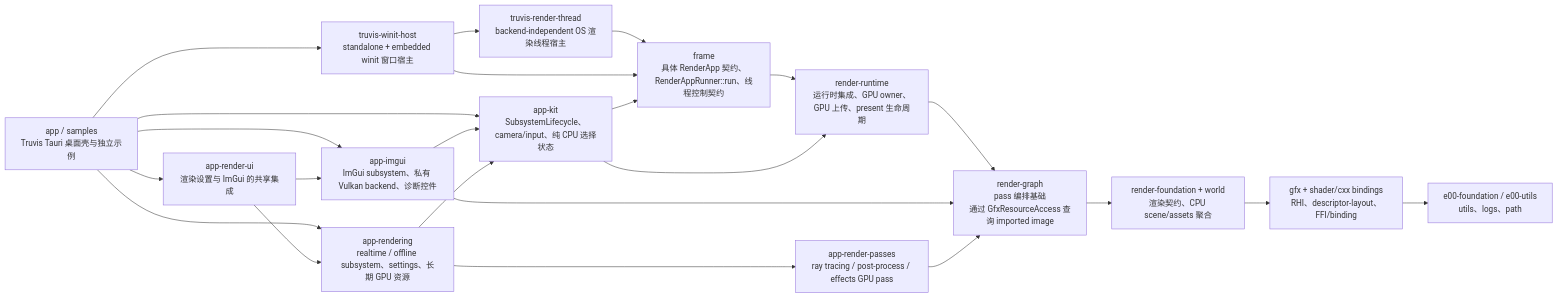
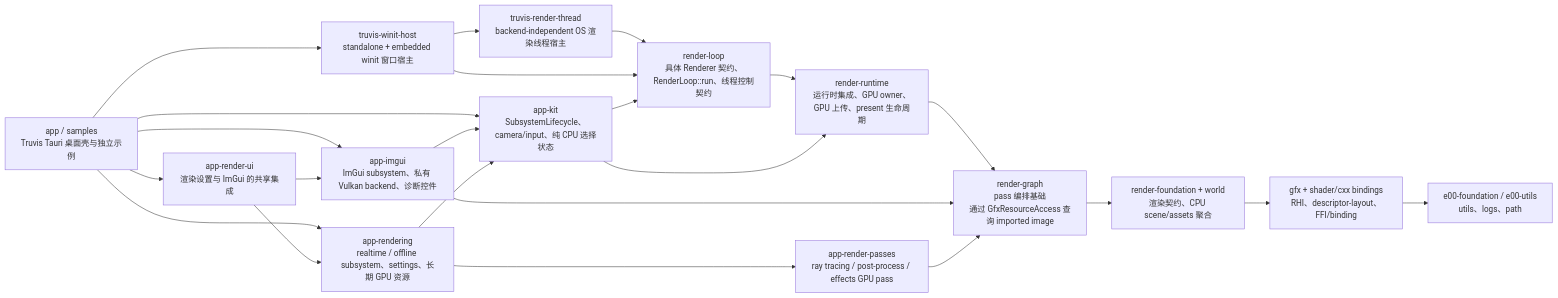
Before and after one commit to acccoco/TruvisRenderer: the second of 3 diagrams in docs/summaries/layering-and-dependency-boundaries.md, drawn with Mermaid. The commit also changed other lines of this file and 102 other files, not shown here.

Commit message:
[update/refactor] 统一 Renderer 与 RenderLoop 命名

````diff
--- a/docs/summaries/layering-and-dependency-boundaries.md
+++ b/docs/summaries/layering-and-dependency-boundaries.md
@@ -40,28 +40,28 @@
 ```mermaid
 flowchart LR
     Foundation["e00-foundation / e00-utils<br/>utils、logs、path"]
     Gfx["gfx + shader/cxx bindings<br/>RHI、descriptor-layout、FFI/binding"]
     Core["render-foundation + world<br/>渲染契约、CPU scene/assets 聚合"]
     RenderDomain["render-graph<br/>pass 编排基础<br/>通过 GfxResourceAccess 查询 imported image"]
     Runtime["render-runtime<br/>运行时集成、GPU owner、GPU 上传、present 生命周期"]
-    Frame["frame<br/>具体 RenderApp 契约、RenderAppRunner::run、线程控制契约"]
+    RenderLoop["render-loop<br/>具体 Renderer 契约、RenderLoop::run、线程控制契约"]
     AppKit["app-kit<br/>SubsystemLifecycle、camera/input、纯 CPU 选择状态"]
     AppImGui["app-imgui<br/>ImGui subsystem、私有 Vulkan backend、诊断控件"]
     AppPasses["app-render-passes<br/>ray tracing / post-process / effects GPU pass"]
     AppRendering["app-rendering<br/>realtime / offline subsystem、settings、长期 GPU 资源"]
     AppRenderUi["app-render-ui<br/>渲染设置与 ImGui 的共享集成"]
     App["app / samples<br/>Truvis Tauri 桌面壳与独立示例"]
     WindowHost["truvis-winit-host<br/>standalone + embedded winit 窗口宿主"]
     RenderThread["truvis-render-thread<br/>backend-independent OS 渲染线程宿主"]
-    App --> WindowHost --> RenderThread --> Frame --> Runtime --> RenderDomain --> Core --> Gfx --> Foundation
-    WindowHost --> Frame
-    App --> AppKit --> Frame
+    App --> WindowHost --> RenderThread --> RenderLoop --> Runtime --> RenderDomain --> Core --> Gfx --> Foundation
+    WindowHost --> RenderLoop
+    App --> AppKit --> RenderLoop
     App --> AppImGui --> AppKit
     App --> AppRendering --> AppKit
     AppRendering --> AppPasses
     App --> AppRenderUi --> AppImGui
     AppRenderUi --> AppRendering
     AppKit --> Runtime
     AppImGui --> RenderDomain
     AppPasses --> RenderDomain
 ```
````
